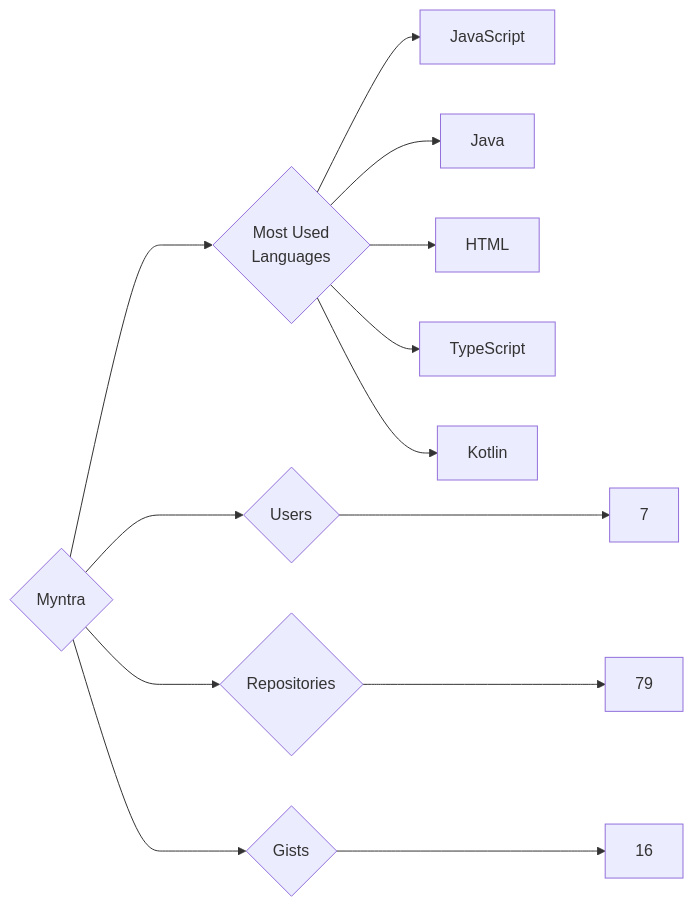
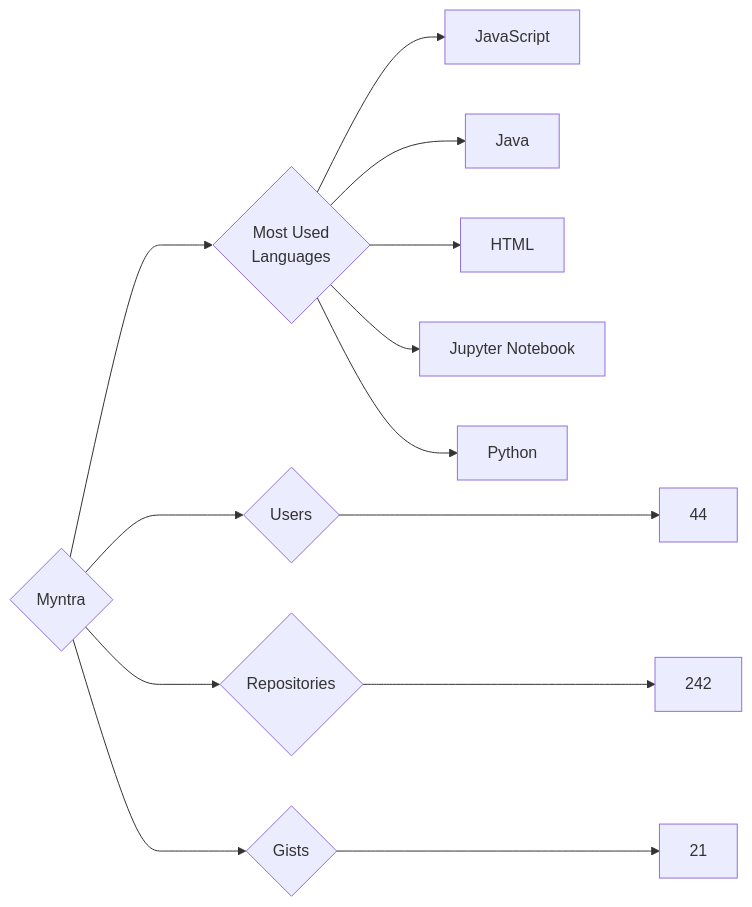
One commit to trickest/insiders changed the diagram in targets/Myntra/README.md. Above: the diagram before and after it, drawn with Mermaid. The commit also changed 806 other files, not shown here.

````diff
--- a/targets/Myntra/README.md
+++ b/targets/Myntra/README.md
@@ -3,13 +3,13 @@
 ```mermaid
 graph LR
 COMPANY_NAME{Myntra}
-COMPANY_NAME ---> U{Users} ---> UN[7]
-COMPANY_NAME ---> R{Repositories} ---> RN[79]
-COMPANY_NAME ---> G{Gists} ---> GN[16]
+COMPANY_NAME ---> U{Users} ---> UN[44]
+COMPANY_NAME ---> R{Repositories} ---> RN[242]
+COMPANY_NAME ---> G{Gists} ---> GN[21]
 COMPANY_NAME ---> ML{Most Used<br>Languages}
 ML --> JavaScript[JavaScript]
 ML --> Java[Java]
 ML --> HTML[HTML]
-ML --> TypeScript[TypeScript]
-ML --> Kotlin[Kotlin]
+ML --> Jupyter_Notebook[Jupyter Notebook]
+ML --> Python[Python]
 ```
````
